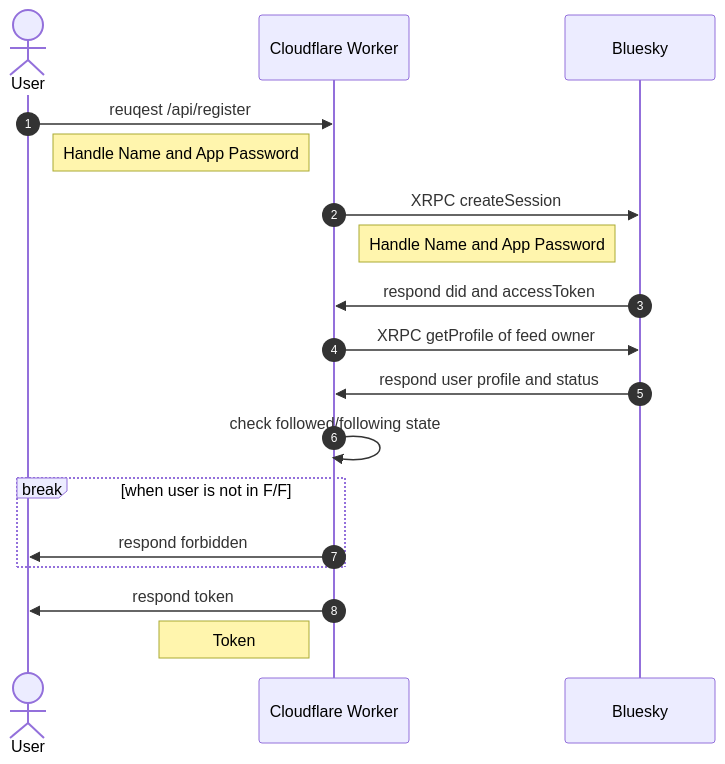
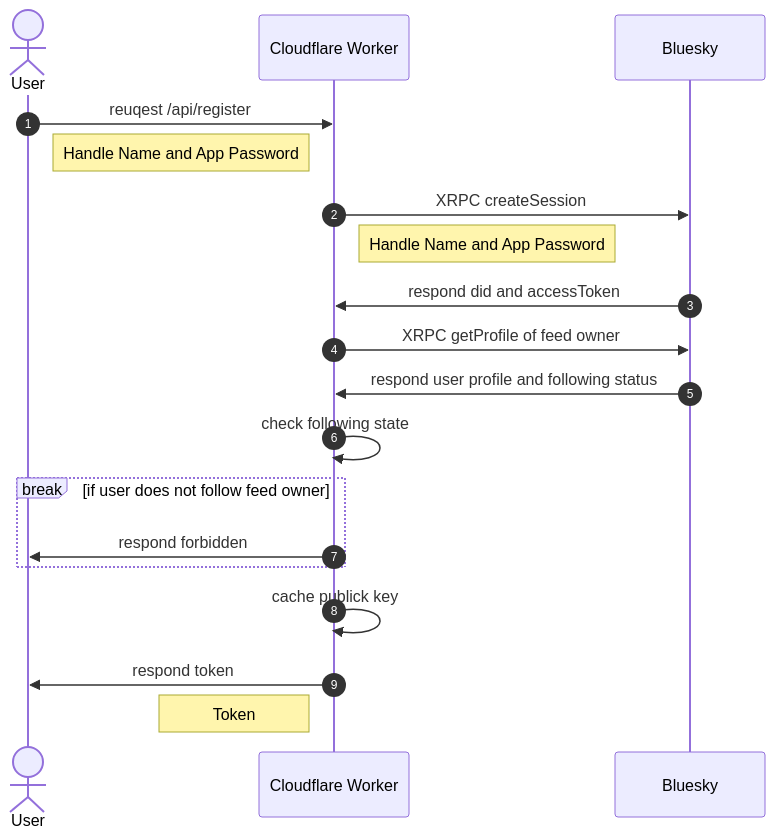
One commit to mzyy94/bluebookmark changed the first of 4 diagrams in README.md. Above: the diagram before and after it, drawn with Mermaid. The commit also changed other lines of this file, not shown here.

````diff
--- a/README.md
+++ b/README.md
@@ -161,20 +161,21 @@
 ```mermaid
 sequenceDiagram
     autonumber
     actor User
     participant Cloudflare as Cloudflare Worker
     participant Bluesky
     User->>Cloudflare: reuqest /api/register
     Note left of Cloudflare: Handle Name and App Password
     Cloudflare->>Bluesky: XRPC createSession
     Note right of Cloudflare: Handle Name and App Password
     Bluesky->>Cloudflare: respond did and accessToken
     Cloudflare->>Bluesky: XRPC getProfile of feed owner
-    Bluesky->>Cloudflare: respond user profile and status
-    Cloudflare->>Cloudflare: check followed/following state
-    break when user is not in F/F
+    Bluesky->>Cloudflare: respond user profile and following status
+    Cloudflare->>Cloudflare: check following state
+    break if user does not follow feed owner
         Cloudflare->>User: respond forbidden
     end
+    Cloudflare->>Cloudflare: cache publick key
     Cloudflare->>User: respond token
     Note left of Cloudflare: Token
 ```
````
